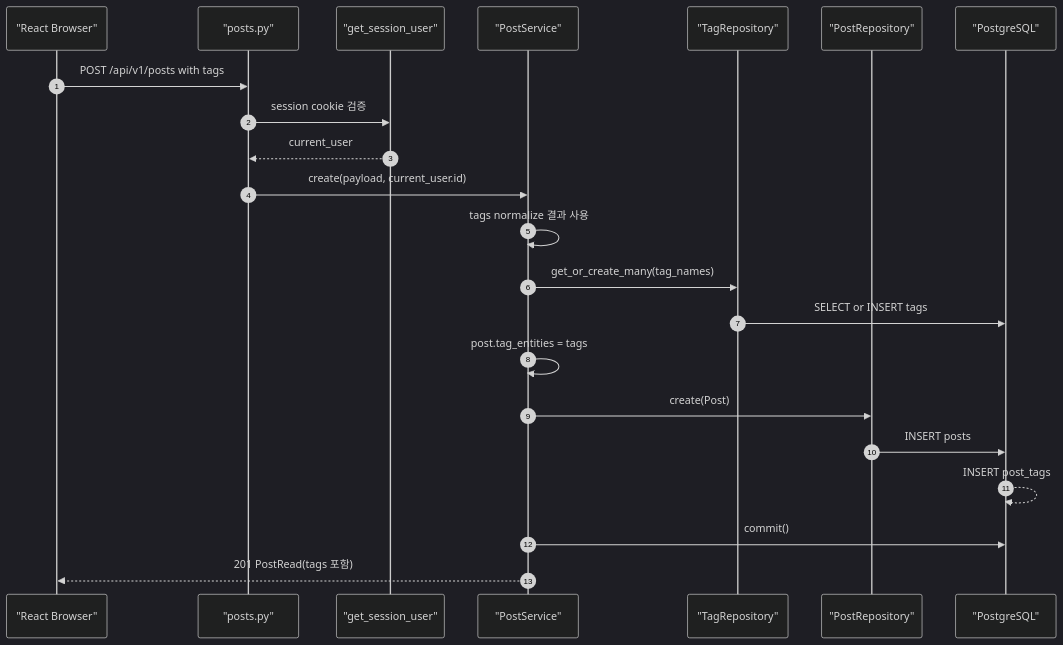
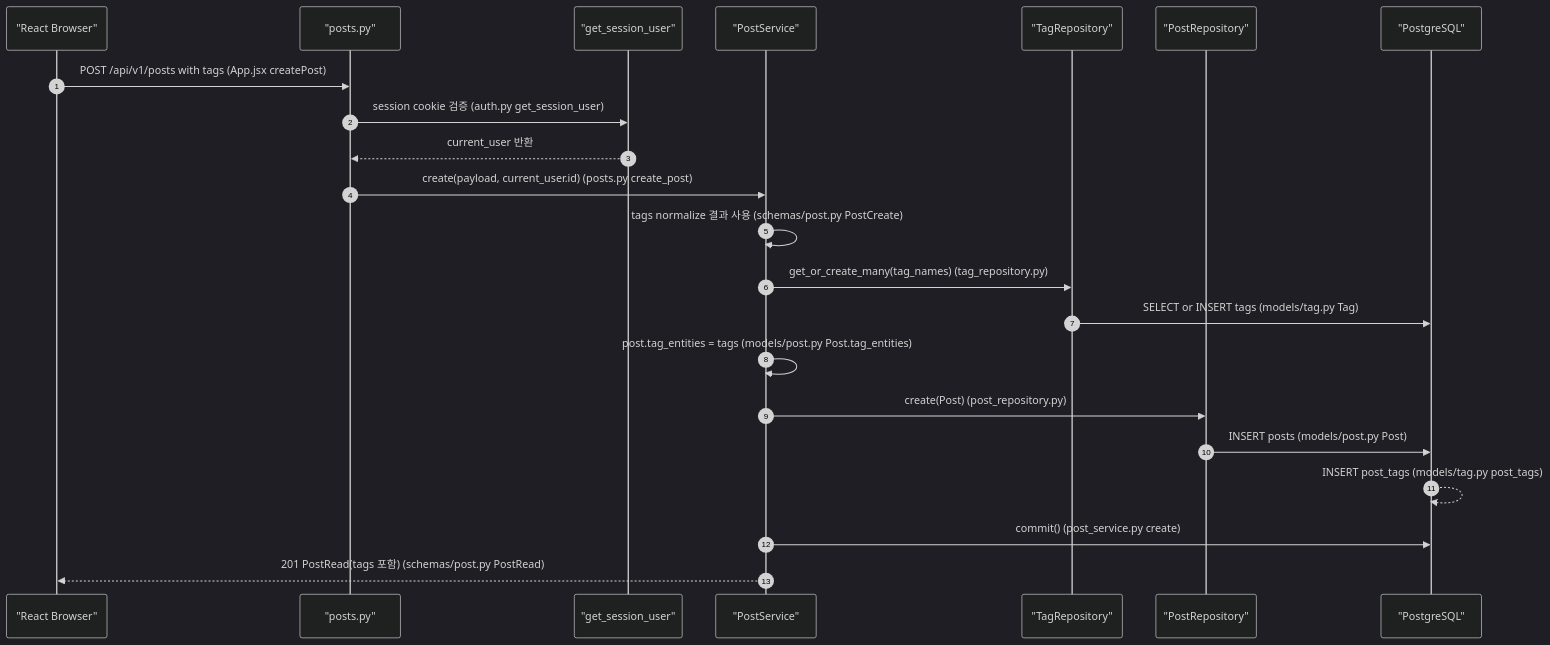
One commit to JUNGLE-TEAM1/W16_team_sprint changed the second of 6 diagrams in docs2/sprint-4/implementation-record.md. Above: the diagram before and after it, drawn with Mermaid (dark theme). The commit also changed other lines of this file and 2 other files, not shown here.

````diff
--- a/docs2/sprint-4/implementation-record.md
+++ b/docs2/sprint-4/implementation-record.md
@@ -204,25 +321,25 @@
 ```mermaid
 sequenceDiagram
     autonumber
     participant Browser as "React Browser"
     participant Router as "posts.py"
     participant Auth as "get_session_user"
     participant Service as "PostService"
     participant TagRepo as "TagRepository"
     participant PostRepo as "PostRepository"
     participant DB as "PostgreSQL"
 
-    Browser->>Router: POST /api/v1/posts with tags
-    Router->>Auth: session cookie 검증
-    Auth-->>Router: current_user
-    Router->>Service: create(payload, current_user.id)
-    Service->>Service: tags normalize 결과 사용
-    Service->>TagRepo: get_or_create_many(tag_names)
-    TagRepo->>DB: SELECT or INSERT tags
-    Service->>Service: post.tag_entities = tags
-    Service->>PostRepo: create(Post)
-    PostRepo->>DB: INSERT posts
-    DB-->>DB: INSERT post_tags
-    Service->>DB: commit()
-    Service-->>Browser: 201 PostRead(tags 포함)
+    Browser->>Router: POST /api/v1/posts with tags (App.jsx createPost)
+    Router->>Auth: session cookie 검증 (auth.py get_session_user)
+    Auth-->>Router: current_user 반환
+    Router->>Service: create(payload, current_user.id) (posts.py create_post)
+    Service->>Service: tags normalize 결과 사용 (schemas/post.py PostCreate)
+    Service->>TagRepo: get_or_create_many(tag_names) (tag_repository.py)
+    TagRepo->>DB: SELECT or INSERT tags (models/tag.py Tag)
+    Service->>Service: post.tag_entities = tags (models/post.py Post.tag_entities)
+    Service->>PostRepo: create(Post) (post_repository.py)
+    PostRepo->>DB: INSERT posts (models/post.py Post)
+    DB-->>DB: INSERT post_tags (models/tag.py post_tags)
+    Service->>DB: commit() (post_service.py create)
+    Service-->>Browser: 201 PostRead(tags 포함) (schemas/post.py PostRead)
 ```
````
